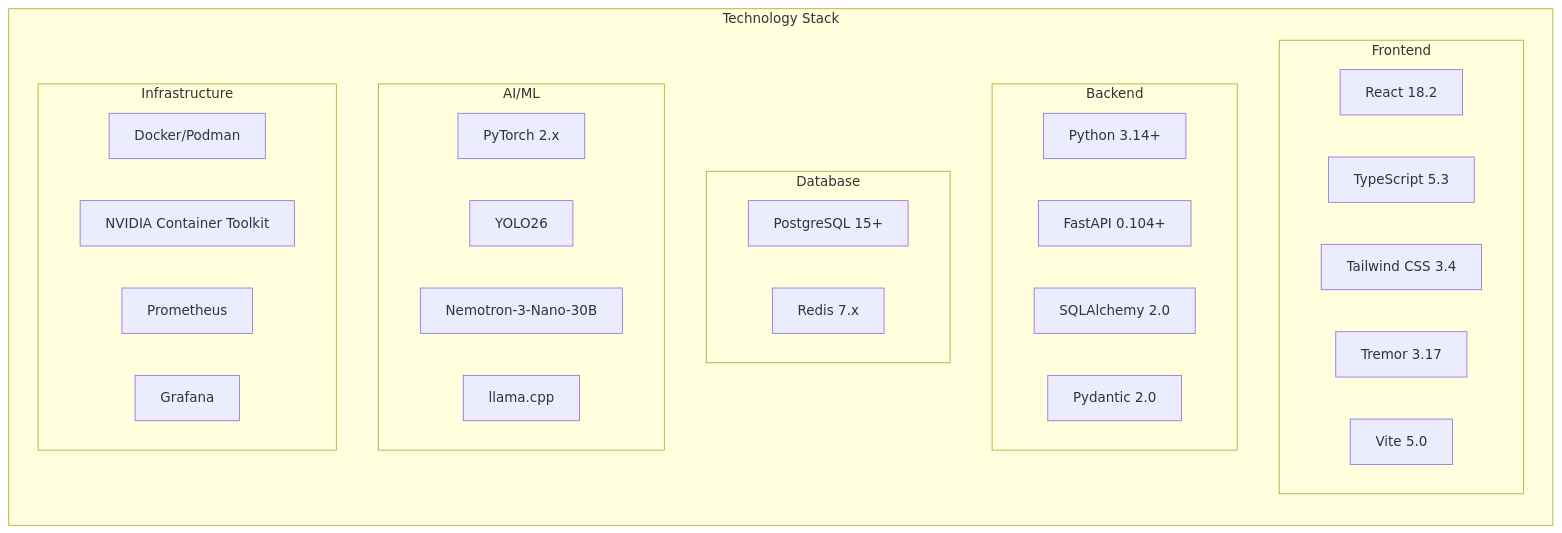
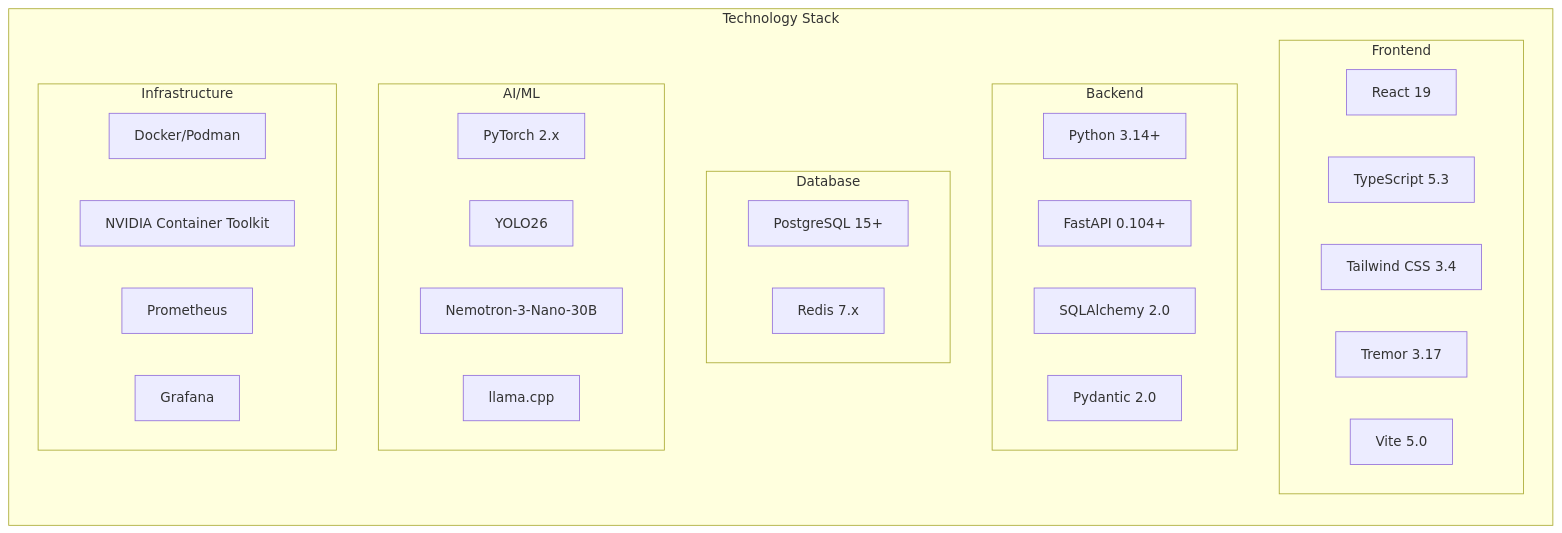
The second of 2 diagrams in docs/architecture/system-overview/README.md (mikesvoboda/nemotron-v3-home-security-intelligence), drawn with Mermaid before and after one commit. The commit also changed other lines of this file and 206 other files, not shown here.

````diff
--- a/docs/architecture/system-overview/README.md
+++ b/docs/architecture/system-overview/README.md
@@ -72,40 +72,40 @@
 ```mermaid
 flowchart TB
     subgraph Stack["Technology Stack"]
         direction TB
 
         subgraph FE["Frontend"]
-            React["React 18.2"]
+            React["React 19"]
             TS["TypeScript 5.3"]
             Tailwind["Tailwind CSS 3.4"]
             Tremor["Tremor 3.17"]
             Vite["Vite 5.0"]
         end
 
         subgraph BE["Backend"]
             Python["Python 3.14+"]
             FastAPI["FastAPI 0.104+"]
             SQLAlchemy["SQLAlchemy 2.0"]
             Pydantic["Pydantic 2.0"]
         end
 
         subgraph DB["Database"]
             PG["PostgreSQL 15+"]
             Redis["Redis 7.x"]
         end
 
         subgraph ML["AI/ML"]
             PyTorch["PyTorch 2.x"]
             YOLO26["YOLO26"]
             Nemotron["Nemotron-3-Nano-30B"]
             LlamaCpp["llama.cpp"]
         end
 
         subgraph Infra["Infrastructure"]
             Docker["Docker/Podman"]
             NVIDIA["NVIDIA Container Toolkit"]
             Prom["Prometheus"]
             Graf["Grafana"]
         end
     end
 ```
````
